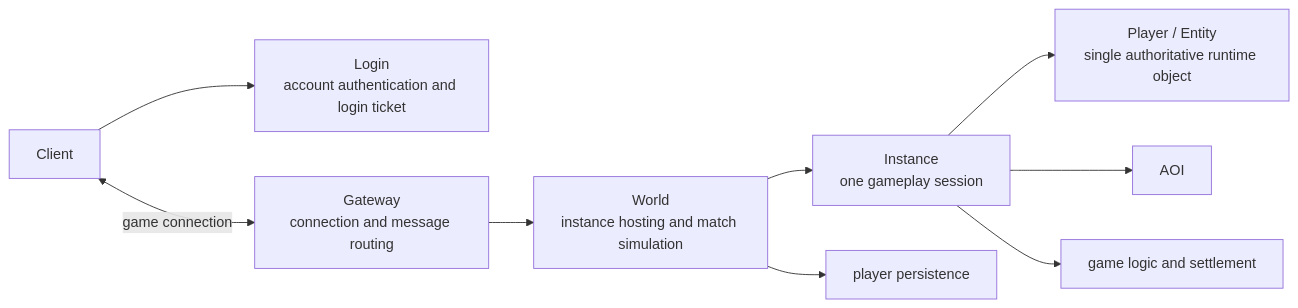
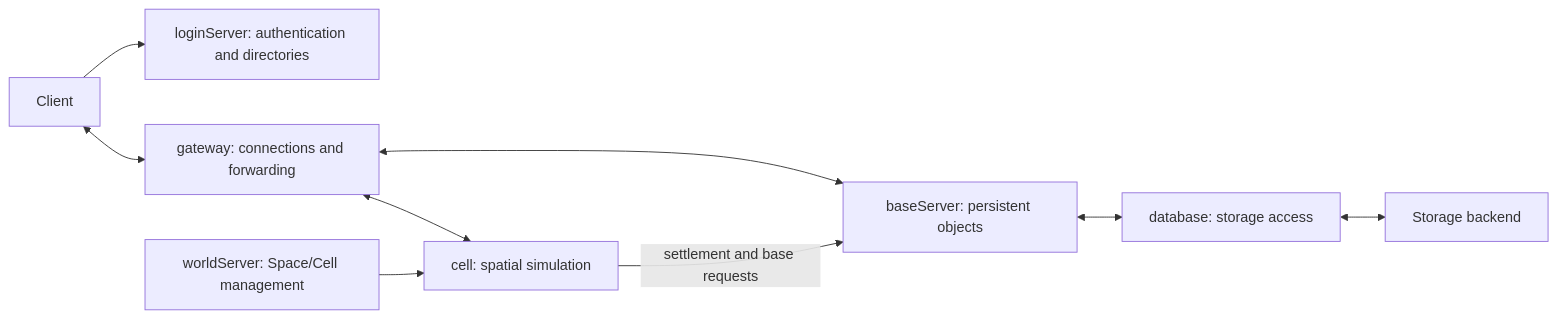
The diagram in docs/en/guide/architecture.md (cuihairu/apollo), drawn with Mermaid before and after one commit. The commit also changed other lines of this file and 86 other files, not shown here.

````diff
--- a/docs/en/guide/architecture.md
+++ b/docs/en/guide/architecture.md
@@ -14,11 +14,11 @@
 ```mermaid
 flowchart LR
-    Client[Client] --> Login[Login<br/>account authentication and login ticket]
-    Client <-->|game connection| Gateway[Gateway<br/>connection and message routing]
-    Gateway --> World[World<br/>instance hosting and match simulation]
-    World --> Instance[Instance<br/>one gameplay session]
-    Instance --> Player[Player / Entity<br/>single authoritative runtime object]
-    Instance --> AOI[AOI]
-    Instance --> Battle[game logic and settlement]
-    World --> Store[player persistence]
+    Client --> Login[loginServer: authentication and directories]
+    Client <--> Gateway[gateway: connections and forwarding]
+    Gateway <--> Base[baseServer: persistent objects]
+    Gateway <--> Cell[cell: spatial simulation]
+    World[worldServer: Space/Cell management] --> Cell
+    Cell -->|settlement and base requests| Base
+    Base <--> Database[database: storage access]
+    Database <--> Storage[Storage backend]
 ```
````
